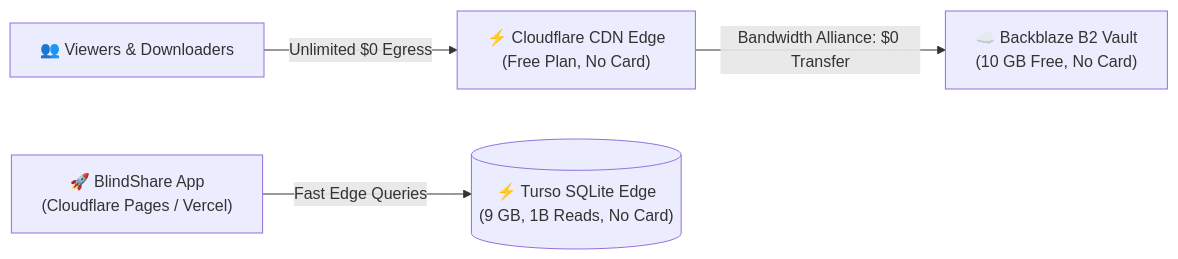
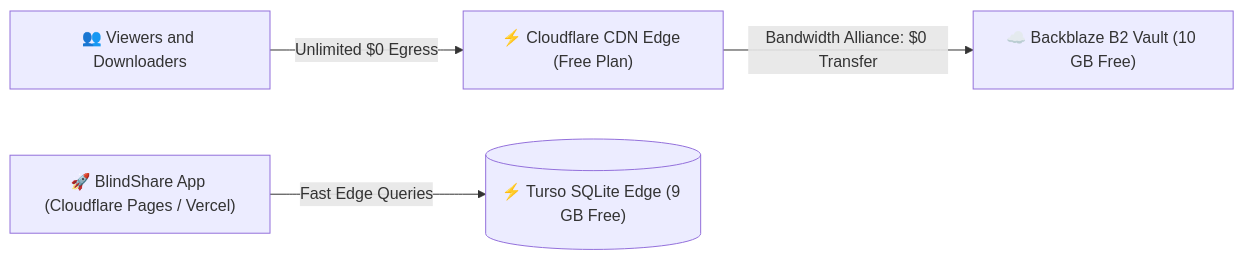
One commit to SudhirDevOps1/BlindShare changed the second of 2 diagrams in README.md. Above: the diagram before and after it, drawn with Mermaid. The commit also changed other lines of this file, not shown here.

Commit message:
fix(readme): resolve mermaid chart rendering syntax for github rich display

````diff
--- a/README.md
+++ b/README.md
@@ -611,6 +611,6 @@
 ```mermaid
-graph LR
-    User["👥 Viewers & Downloaders"] -->|"Unlimited $0 Egress"| CF["⚡ Cloudflare CDN Edge<br/>(Free Plan, No Card)"]
-    CF -->|"Bandwidth Alliance: $0 Transfer"| B2["☁️ Backblaze B2 Vault<br/>(10 GB Free, No Card)"]
-    App["🚀 BlindShare App<br/>(Cloudflare Pages / Vercel)"] -->|"Fast Edge Queries"| Turso[("⚡ Turso SQLite Edge<br/>(9 GB, 1B Reads, No Card)")]
+flowchart LR
+    User["👥 Viewers and Downloaders"] -->|"Unlimited $0 Egress"| CF["⚡ Cloudflare CDN Edge (Free Plan)"]
+    CF -->|"Bandwidth Alliance: $0 Transfer"| B2["☁️ Backblaze B2 Vault (10 GB Free)"]
+    App["🚀 BlindShare App (Cloudflare Pages / Vercel)"] -->|"Fast Edge Queries"| Turso[("⚡ Turso SQLite Edge (9 GB Free)")]
 ```
````
